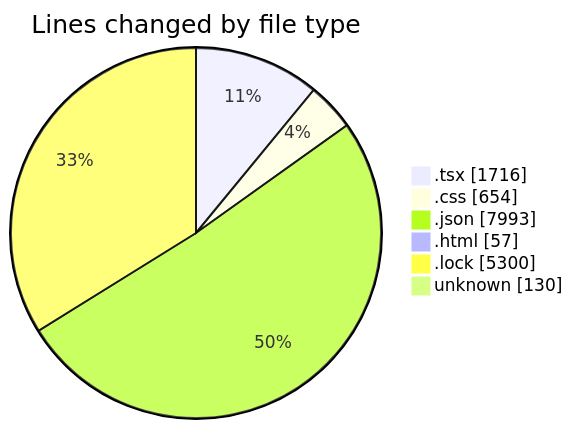
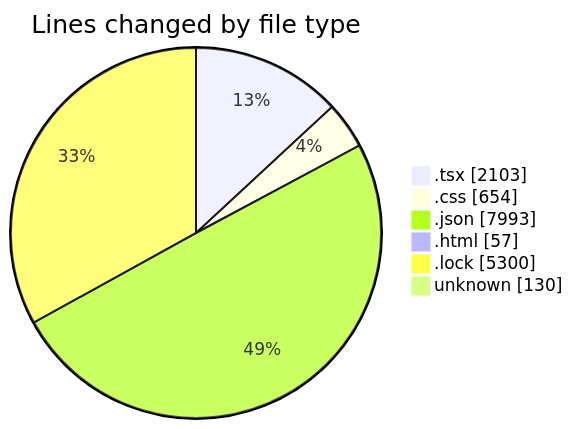
Before and after one commit to EIIisD/code-tracking: the first of 2 diagrams in 2025-08-12/ribbon/README.md, drawn with Mermaid. The commit also changed other lines of this file and 1 other file, not shown here.

````diff
--- a/2025-08-12/ribbon/README.md
+++ b/2025-08-12/ribbon/README.md
@@ -36,10 +36,10 @@
 ```mermaid
 pie showData
 title Lines changed by file type
-".tsx" : 1716
+".tsx" : 2103
 ".css" : 654
 ".json" : 7993
 ".html" : 57
 ".lock" : 5300
 "unknown" : 130
 ```
````
